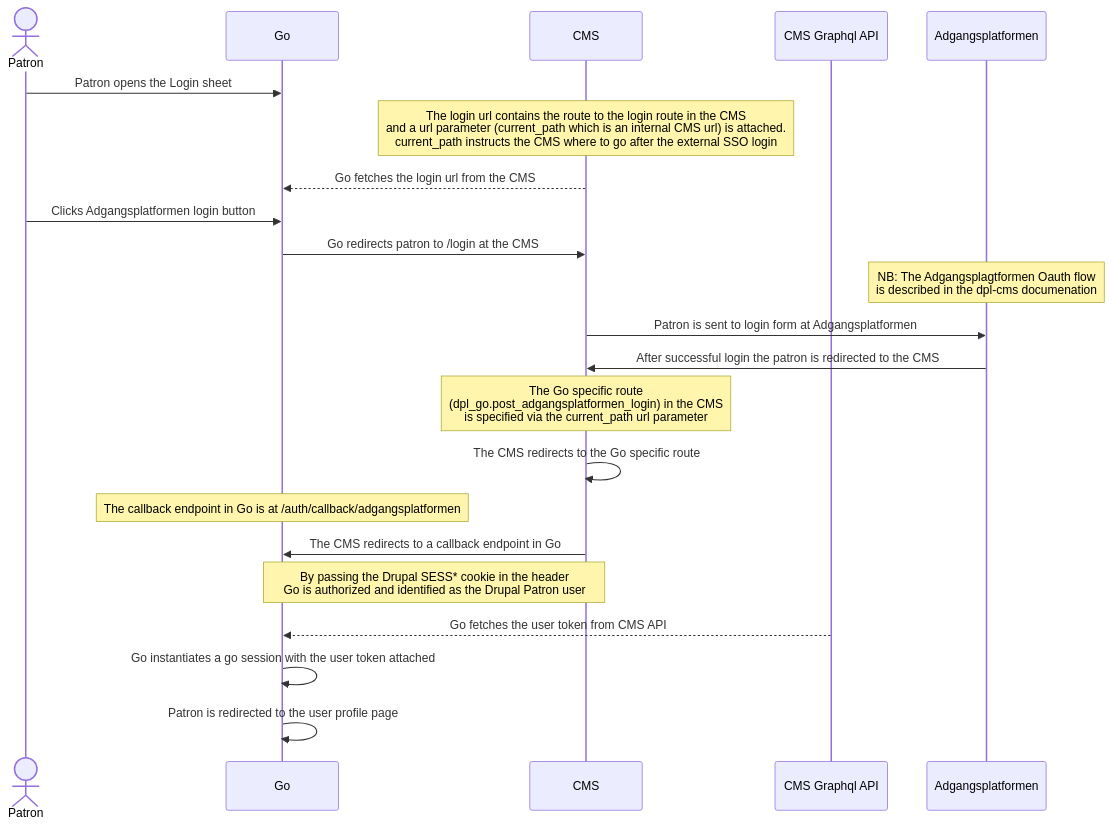
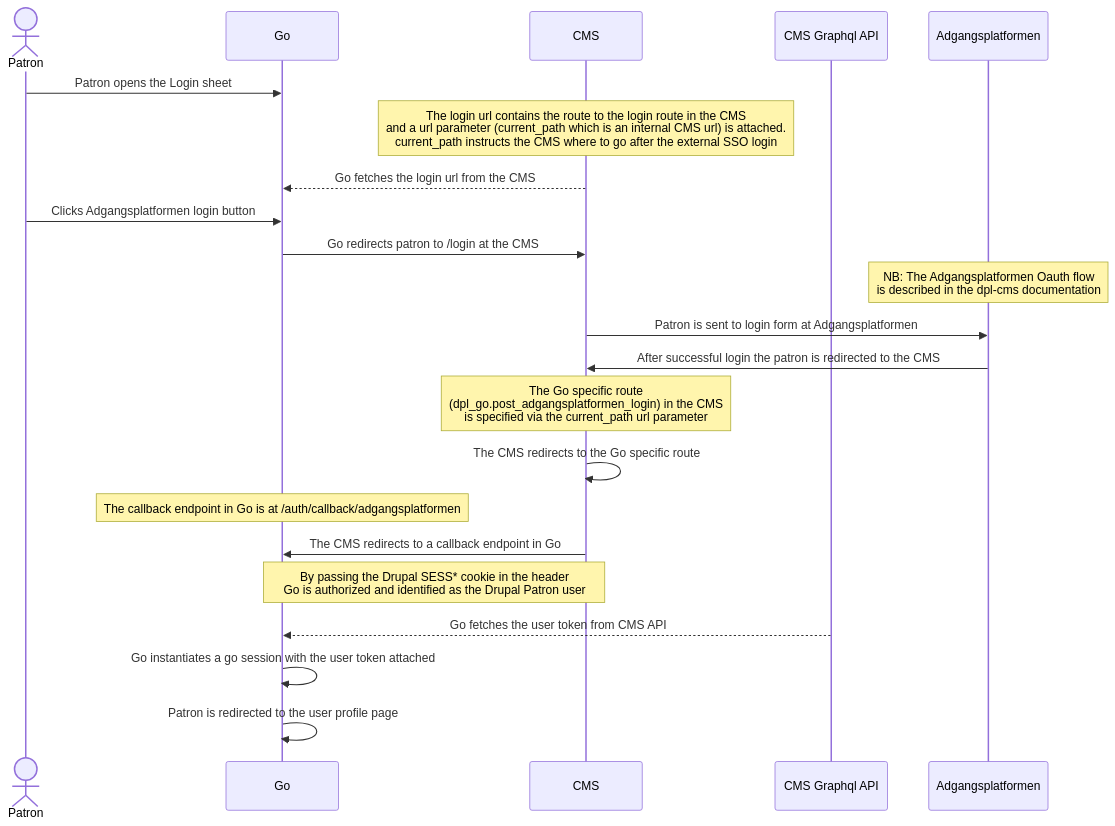
Before and after one commit to danskernesdigitalebibliotek/dpl-web: the second of 3 diagrams in go/docs/authentication.md, drawn with Mermaid. The commit also changed other lines of this file, not shown here.

````diff
--- a/go/docs/authentication.md
+++ b/go/docs/authentication.md
@@ -104,24 +102,24 @@
 ```mermaid
 sequenceDiagram
     actor Patron
     participant Go
     participant CMS
     participant CMS Graphql API
     participant Adgangsplatformen
     Patron->>Go: Patron opens the Login sheet
     Note over CMS: The login url contains the route to the login route in the CMS<br/>and a url parameter (current_path which is an internal CMS url) is attached.<br /> current_path instructs the CMS where to go  after the external SSO login
     CMS-->>Go: Go fetches the login url from the CMS
     Patron->>Go: Clicks Adgangsplatformen login button
     Go->>CMS: Go redirects patron to /login at the CMS
-    Note over Adgangsplatformen: NB: The Adgangsplagtformen Oauth flow<br />is described in the dpl-cms documenation
+    Note over Adgangsplatformen: NB: The Adgangsplatformen Oauth flow<br />is described in the dpl-cms documentation
     CMS->>Adgangsplatformen: Patron is sent to login form at Adgangsplatformen
     Adgangsplatformen->>CMS: After successful login the patron is redirected to the CMS
     Note over CMS,CMS: The Go specific route<br />(dpl_go.post_adgangsplatformen_login) in the CMS<br />is specified via the current_path url parameter
     CMS->>CMS: The CMS redirects to the Go specific route
     Note over Go: The callback endpoint in Go is at /auth/callback/adgangsplatformen
     CMS->>Go: The CMS redirects to a callback endpoint in Go
     Note over CMS,Go: By passing the Drupal SESS* cookie in the header<br/>Go is authorized and identified as the Drupal Patron user
     CMS Graphql API-->>Go: Go fetches the user token from CMS API
     Go->>Go: Go instantiates a go session with the user token attached
     Go->>Go: Patron is redirected to the user profile page
 ```
````
